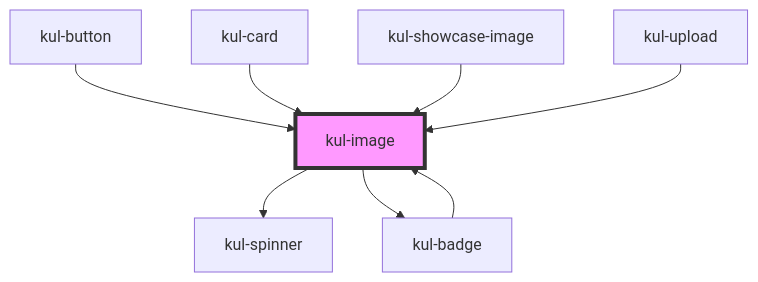
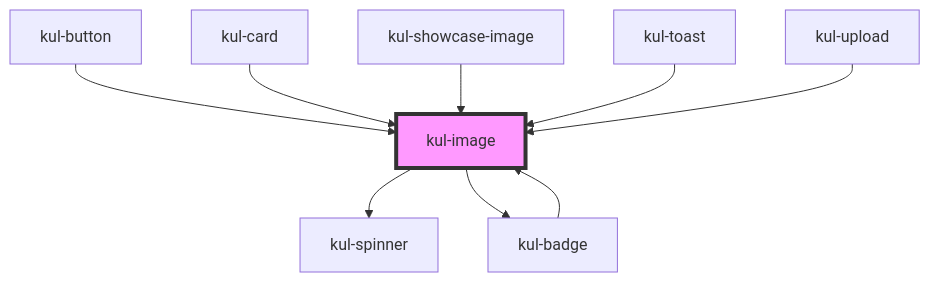
Before and after one commit to smeup/ketchup: the diagram in packages/ketchup-lite/src/components/kul-image/readme.md, drawn with Mermaid. The commit also changed other lines of this file and 15 other files, not shown here.

````diff
--- a/packages/ketchup-lite/src/components/kul-image/readme.md
+++ b/packages/ketchup-lite/src/components/kul-image/readme.md
@@ -99,11 +100,12 @@
 ```mermaid
 graph TD;
   kul-image --> kul-spinner
   kul-image --> kul-badge
   kul-badge --> kul-image
   kul-button --> kul-image
   kul-card --> kul-image
   kul-showcase-image --> kul-image
+  kul-toast --> kul-image
   kul-upload --> kul-image
   style kul-image fill:#f9f,stroke:#333,stroke-width:4px
 ```
````
